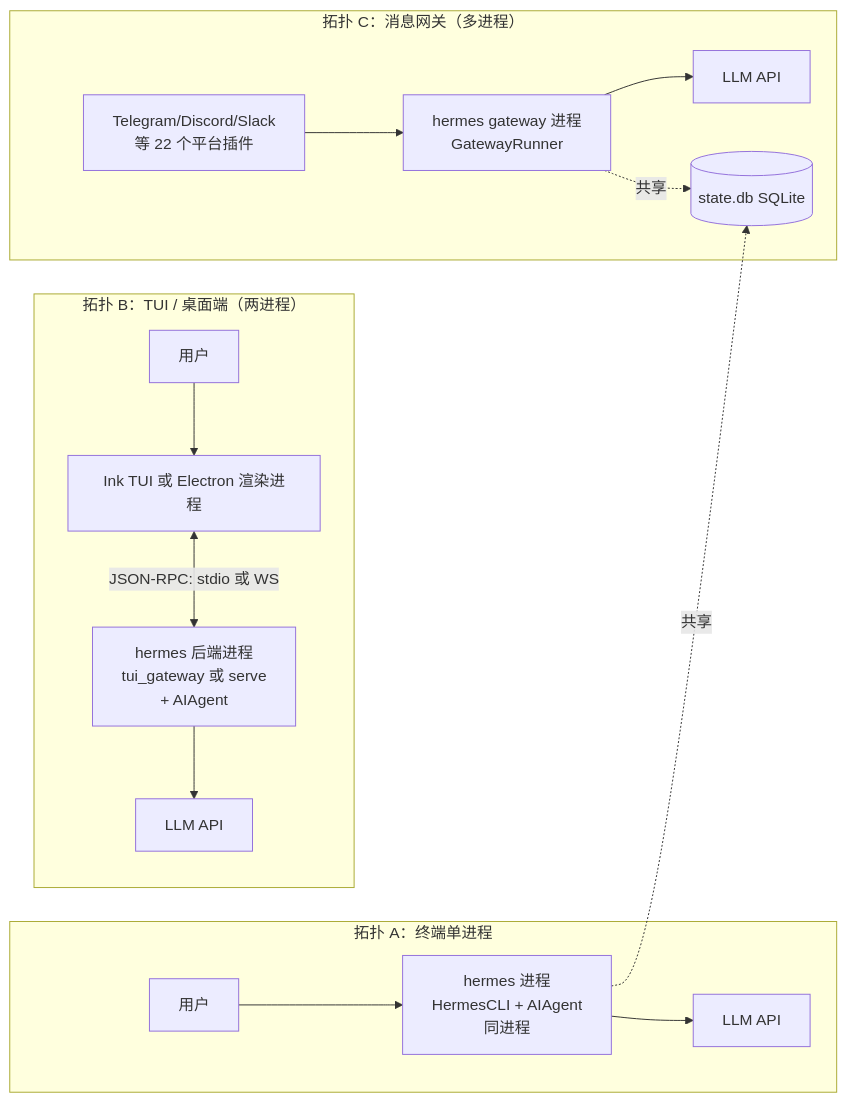
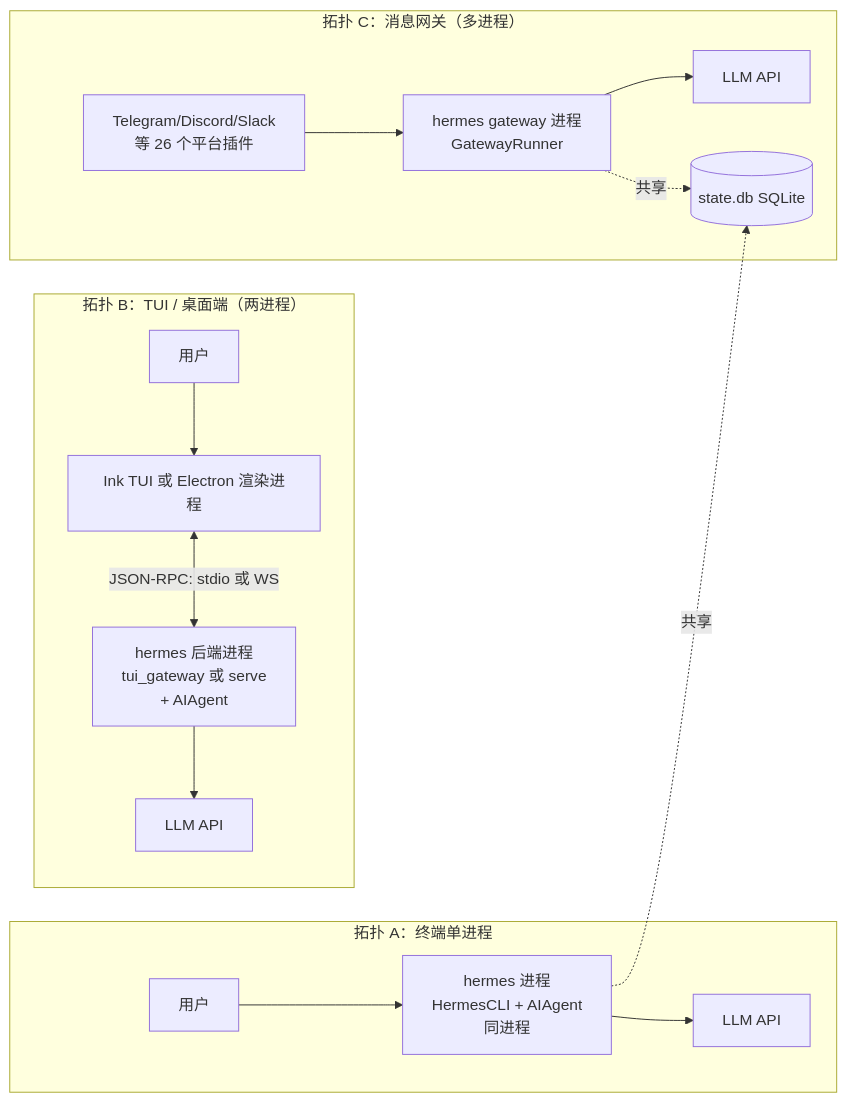
Before and after one commit to adrian9778/hermes-agent: the first of 3 diagrams in docs/sourceReader/01-简单框架-系统骨架.md, drawn with Mermaid. The commit also changed other lines of this file and 5 other files, not shown here.

````diff
--- a/docs/sourceReader/01-简单框架-系统骨架.md
+++ b/docs/sourceReader/01-简单框架-系统骨架.md
@@ -66,20 +64,20 @@
 ```mermaid
 flowchart LR
     subgraph T1["拓扑 A：终端单进程"]
         U1[用户] --> CL[hermes 进程<br/>HermesCLI + AIAgent<br/>同进程]
         CL --> LLM1[LLM API]
     end
 
     subgraph T2["拓扑 B：TUI / 桌面端（两进程）"]
         U2[用户] --> FE[Ink TUI 或 Electron 渲染进程]
         FE <-->|JSON-RPC: stdio 或 WS| BE[hermes 后端进程<br/>tui_gateway 或 serve<br/>+ AIAgent]
         BE --> LLM2[LLM API]
     end
 
     subgraph T3["拓扑 C：消息网关（多进程）"]
-        PLAT[Telegram/Discord/Slack<br/>等 22 个平台插件] --> GW[hermes gateway 进程<br/>GatewayRunner]
+        PLAT[Telegram/Discord/Slack<br/>等 26 个平台插件] --> GW[hermes gateway 进程<br/>GatewayRunner]
         GW --> LLM3[LLM API]
         GW -.共享.-> DB[(state.db SQLite)]
         CL -.共享.-> DB
     end
 ```
````
